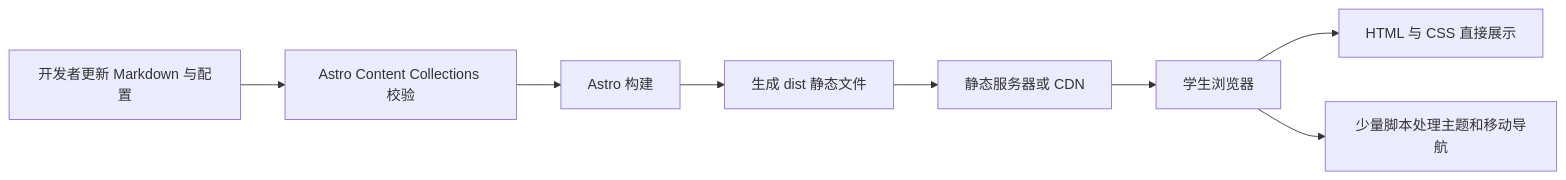
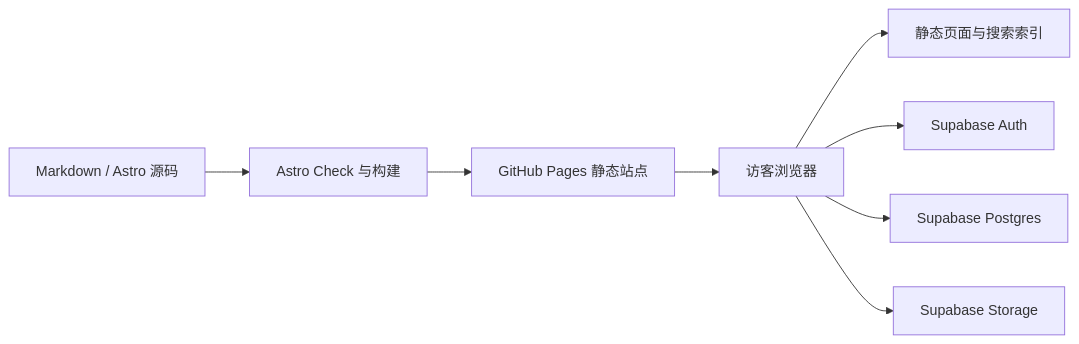
Before and after one commit to icewater721/automation-science-association-website: the diagram in docs/architecture/ARCHITECTURE.md, drawn with Mermaid. The commit also changed other lines of this file and 15 other files, not shown here.

````diff
--- a/docs/architecture/ARCHITECTURE.md
+++ b/docs/architecture/ARCHITECTURE.md
@@ -12,10 +14,10 @@
 ```mermaid
 flowchart LR
-    A[开发者更新 Markdown 与配置] --> B[Astro Content Collections 校验]
-    B --> C[Astro 构建]
-    C --> D[生成 dist 静态文件]
-    D --> E[静态服务器或 CDN]
-    E --> F[学生浏览器]
-    F --> G[HTML 与 CSS 直接展示]
-    F --> H[少量脚本处理主题和移动导航]
+    A[Markdown / Astro 源码] --> B[Astro Check 与构建]
+    B --> C[GitHub Pages 静态站点]
+    C --> D[访客浏览器]
+    D --> E[静态页面与搜索索引]
+    D --> F[Supabase Auth]
+    D --> G[Supabase Postgres]
+    D --> H[Supabase Storage]
 ```
````
